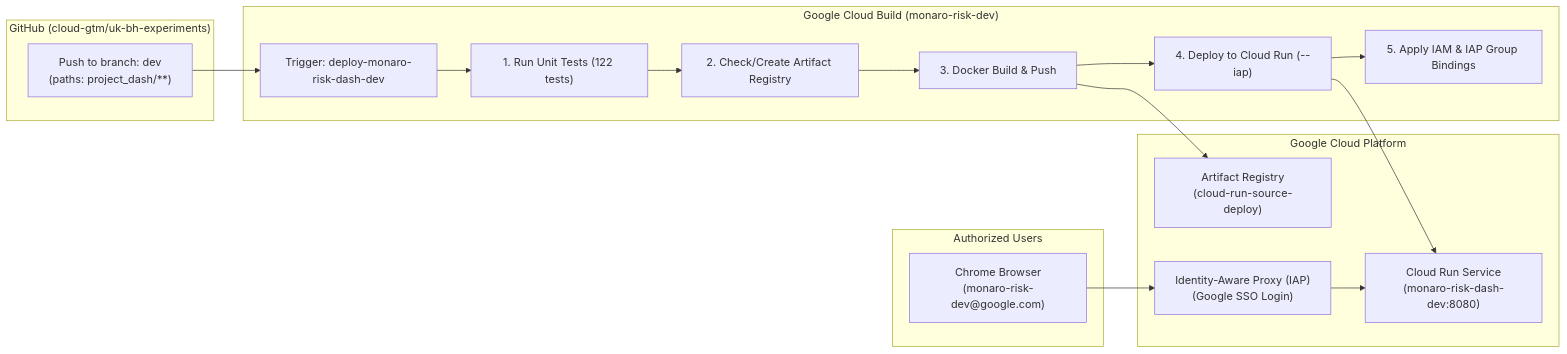
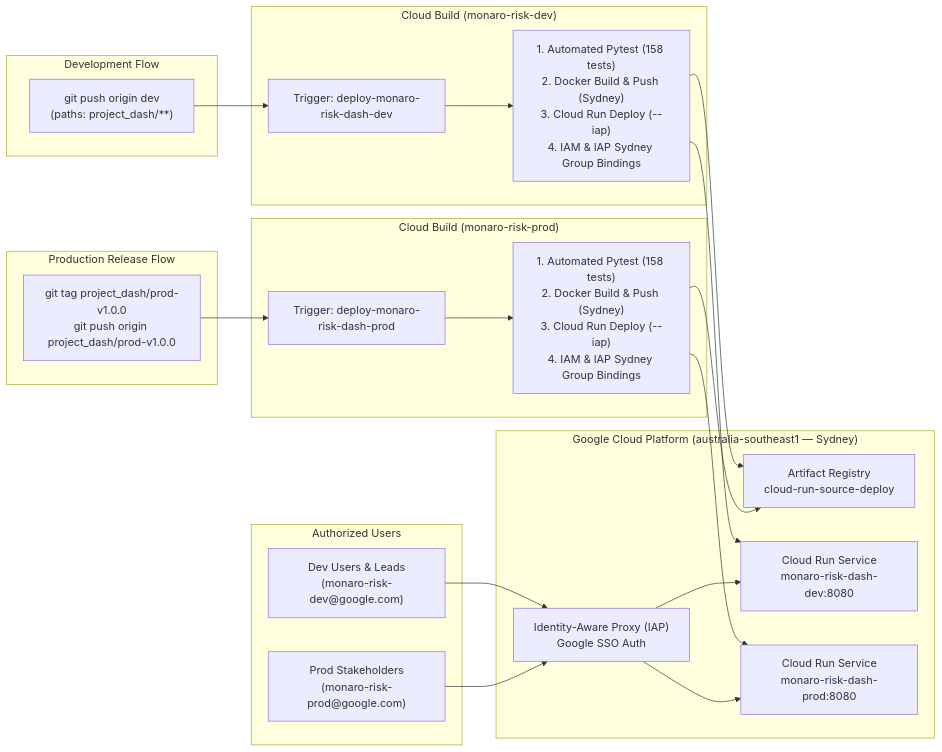
Before and after one commit to brendanhills/uk-bh-project-dash: the diagram in docs/DEPLOYMENT_GUIDE.md, drawn with Mermaid. The commit also changed other lines of this file and 3 other files, not shown here.

````diff
--- a/docs/DEPLOYMENT_GUIDE.md
+++ b/docs/DEPLOYMENT_GUIDE.md
@@ -11,31 +55,43 @@
 ```mermaid
 flowchart LR
-    subgraph GitHub["GitHub (cloud-gtm/uk-bh-experiments)"]
-        GitPush["Push to branch: dev\n(paths: project_dash/**)"]
+    subgraph DevPush["Development Flow"]
+        GitDev["git push origin dev\n(paths: project_dash/**)"]
     end
 
-    subgraph CloudBuild["Google Cloud Build (monaro-risk-dev)"]
-        Trigger["Trigger: deploy-monaro-risk-dash-dev"]
-        Step1["1. Run Unit Tests (122 tests)"]
-        Step2["2. Check/Create Artifact Registry"]
-        Step3["3. Docker Build & Push"]
-        Step4["4. Deploy to Cloud Run (--iap)"]
-        Step5["5. Apply IAM & IAP Group Bindings"]
+    subgraph ProdPush["Production Release Flow"]
+        GitTag["git tag project_dash/prod-v1.0.0\ngit push origin project_dash/prod-v1.0.0"]
     end
 
-    subgraph GCP["Google Cloud Platform"]
-        AR["Artifact Registry\n(cloud-run-source-deploy)"]
-        IAP["Identity-Aware Proxy (IAP)\n(Google SSO Login)"]
-        CloudRun["Cloud Run Service\n(monaro-risk-dash-dev:8080)"]
+    subgraph CloudBuildDev["Cloud Build (monaro-risk-dev)"]
+        DevTrigger["Trigger: deploy-monaro-risk-dash-dev"]
+        DevSteps["1. Automated Pytest (158 tests)\n2. Docker Build & Push (Sydney)\n3. Cloud Run Deploy (--iap)\n4. IAM & IAP Sydney Group Bindings"]
+    end
+
+    subgraph CloudBuildProd["Cloud Build (monaro-risk-prod)"]
+        ProdTrigger["Trigger: deploy-monaro-risk-dash-prod"]
+        ProdSteps["1. Automated Pytest (158 tests)\n2. Docker Build & Push (Sydney)\n3. Cloud Run Deploy (--iap)\n4. IAM & IAP Sydney Group Bindings"]
+    end
+
+    subgraph SydneyGCP["Google Cloud Platform (australia-southeast1 — Sydney)"]
+        AR["Artifact Registry\ncloud-run-source-deploy"]
+        IAP["Identity-Aware Proxy (IAP)\nGoogle SSO Auth"]
+        RunDev["Cloud Run Service\nmonaro-risk-dash-dev:8080"]
+        RunProd["Cloud Run Service\nmonaro-risk-dash-prod:8080"]
     end
 
     subgraph Users["Authorized Users"]
-        Browser["Chrome Browser\n(monaro-risk-dev@google.com)"]
+        DevUsers["Dev Users & Leads\n(monaro-risk-dev@google.com)"]
+        ProdUsers["Prod Stakeholders\n(monaro-risk-prod@google.com)"]
     end
 
-    GitPush --> Trigger
-    Trigger --> Step1 --> Step2 --> Step3 --> Step4 --> Step5
-    Step3 --> AR
-    Step4 --> CloudRun
-    Browser --> IAP --> CloudRun
+    GitDev --> DevTrigger --> DevSteps
+    DevSteps --> AR
+    DevSteps --> RunDev
+
+    GitTag --> ProdTrigger --> ProdSteps
+    ProdSteps --> AR
+    ProdSteps --> RunProd
+
+    DevUsers --> IAP --> RunDev
+    ProdUsers --> IAP --> RunProd
 ```
````
